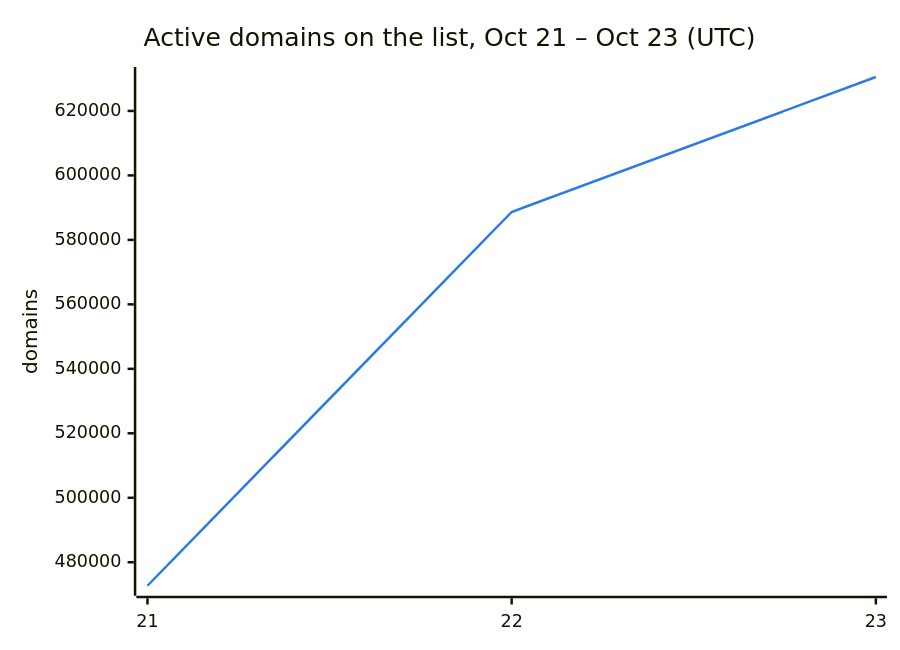
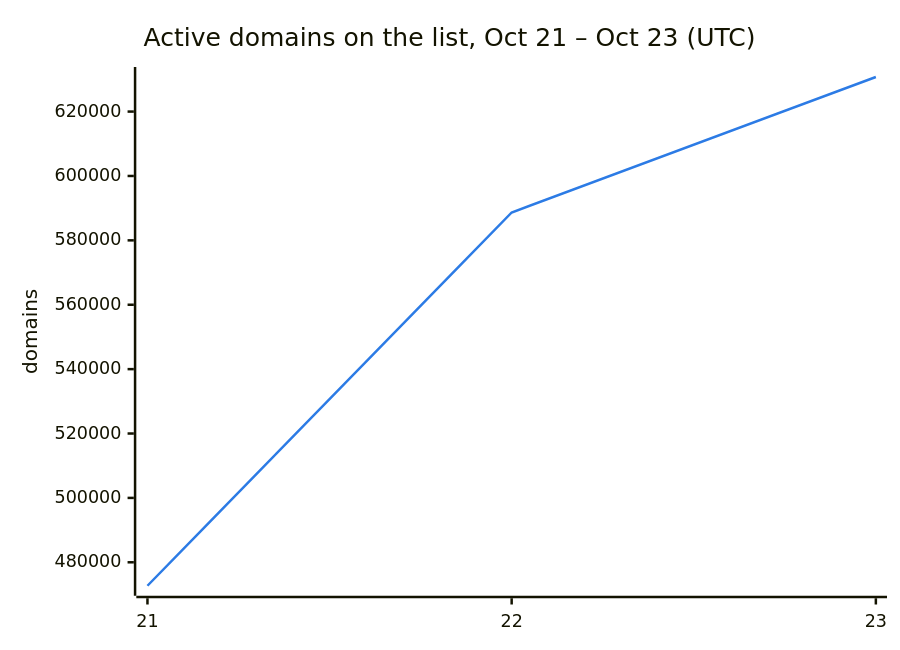
The second of 3 diagrams in README.md (DNSBunker/CTI), drawn with Mermaid before and after one commit. The commit also changed other lines of this file and 3 other files, not shown here.

````diff
--- a/README.md
+++ b/README.md
@@ -38,8 +38,8 @@
 ```mermaid
 %%{init: {"themeVariables": {"xyChart": {"plotColorPalette": "#2c7be5"}}}}%%
 xychart-beta
     title "Active domains on the list, Oct 21 – Oct 23 (UTC)"
     x-axis ["21", "22", "23"]
     y-axis "domains"
-    line [472713, 588659, 630528]
+    line [472713, 588659, 630741]
 ```
````
